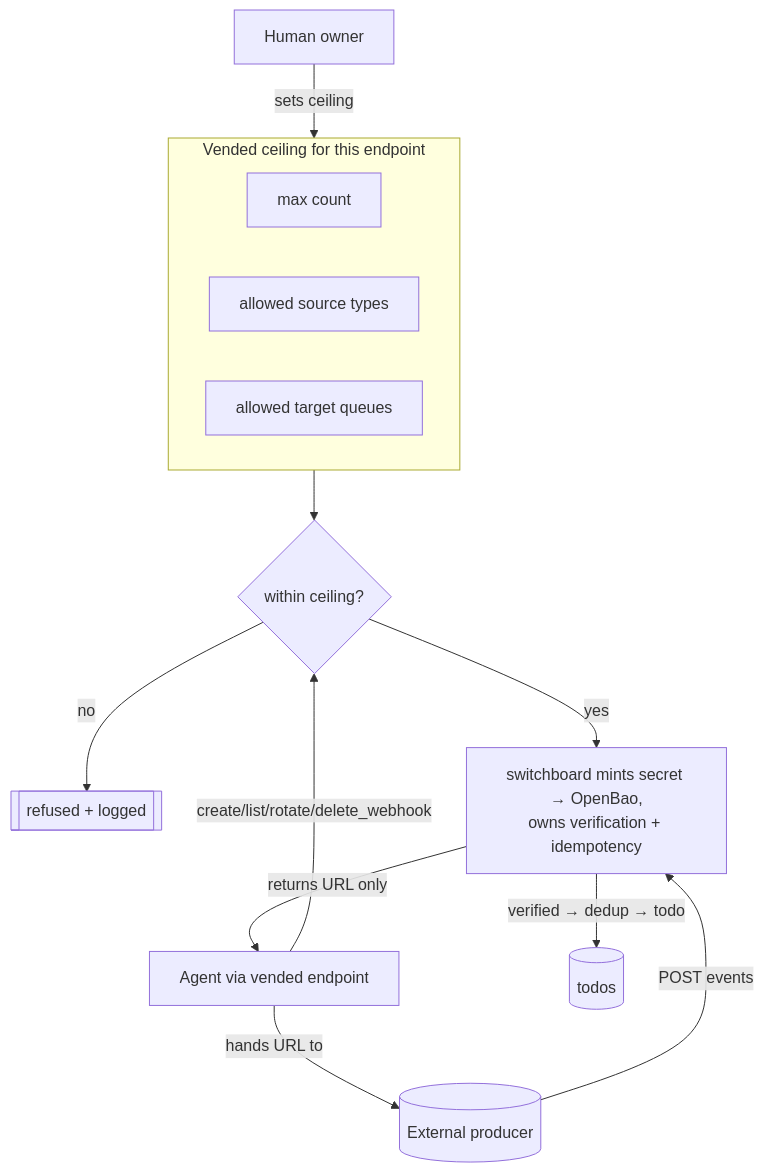
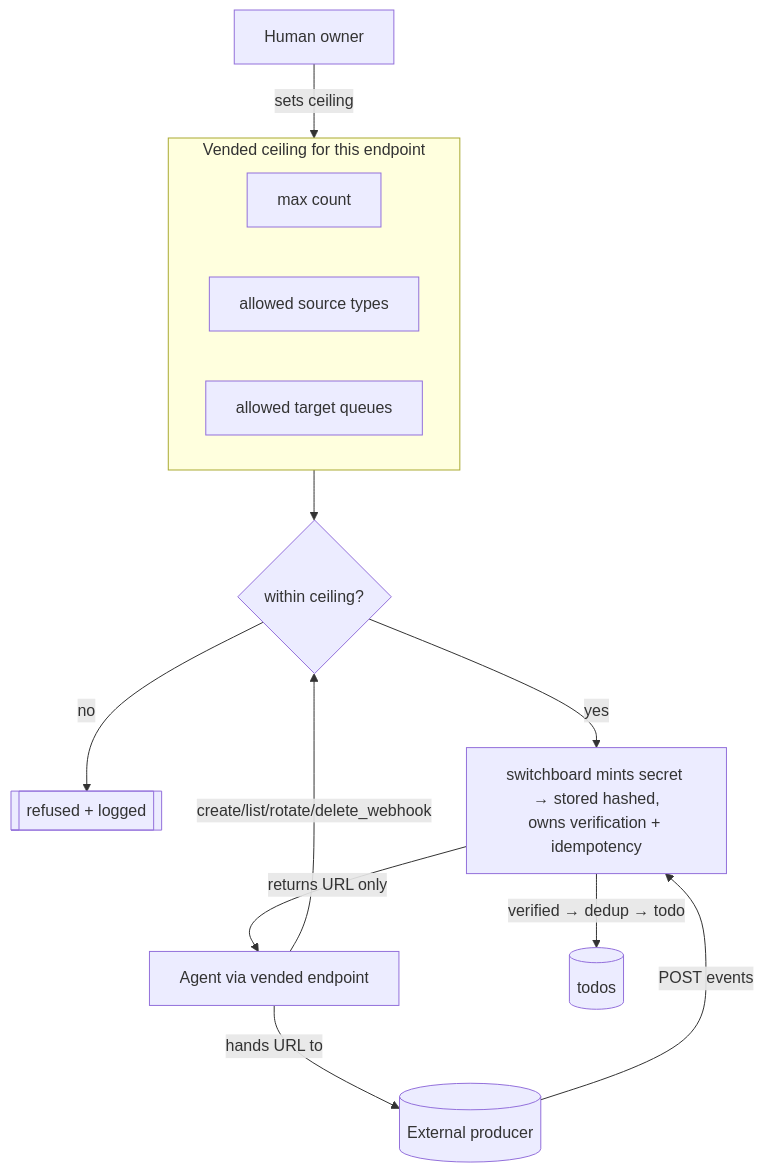
The diagram in docs/adr/ADR-012-agents-self-manage-webhooks.md (stump-wtf/switchboard), drawn with Mermaid before and after one commit. The commit also changed other lines of this file and 23 other files, not shown here.

First line of the commit message:
docs: remove OpenBao (ADR-004) + Gitea/CI (ADR-006); secrets → env/config + hashed-in-Postgres; docs-site → GitHub

````diff
--- a/docs/adr/ADR-012-agents-self-manage-webhooks.md
+++ b/docs/adr/ADR-012-agents-self-manage-webhooks.md
@@ -89,19 +89,19 @@
 ```mermaid
 flowchart TB
   human[Human owner]
   subgraph ceiling[Vended ceiling for this endpoint]
     c1[max count]
     c2[allowed source types]
     c3[allowed target queues]
   end
   human -->|sets ceiling| ceiling
   agent[Agent via vended endpoint]
   agent -->|create/list/rotate/delete_webhook| gate{within ceiling?}
   ceiling --> gate
   gate -- no --> deny[[refused + logged]]
-  gate -- yes --> mk[switchboard mints secret → OpenBao,<br/>owns verification + idempotency]
+  gate -- yes --> mk[switchboard mints secret → stored hashed,<br/>owns verification + idempotency]
   mk -->|returns URL only| agent
   agent -->|hands URL to| producer[(External producer)]
   producer -->|POST events| mk
   mk -->|verified → dedup → todo| q[(todos)]
 ```
````
